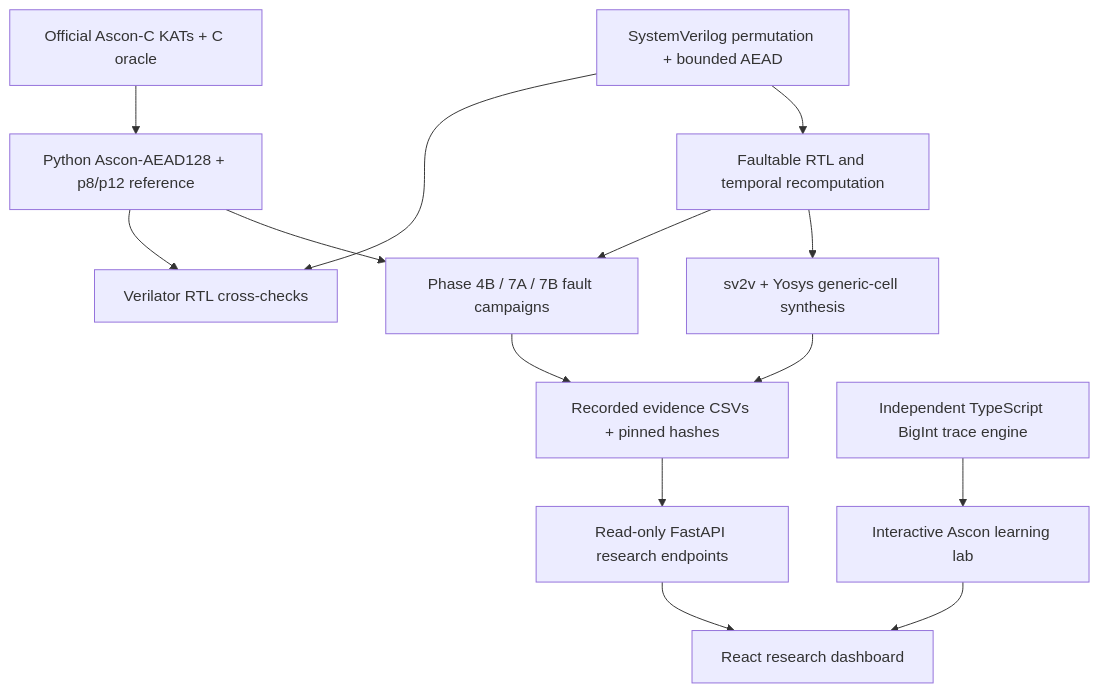
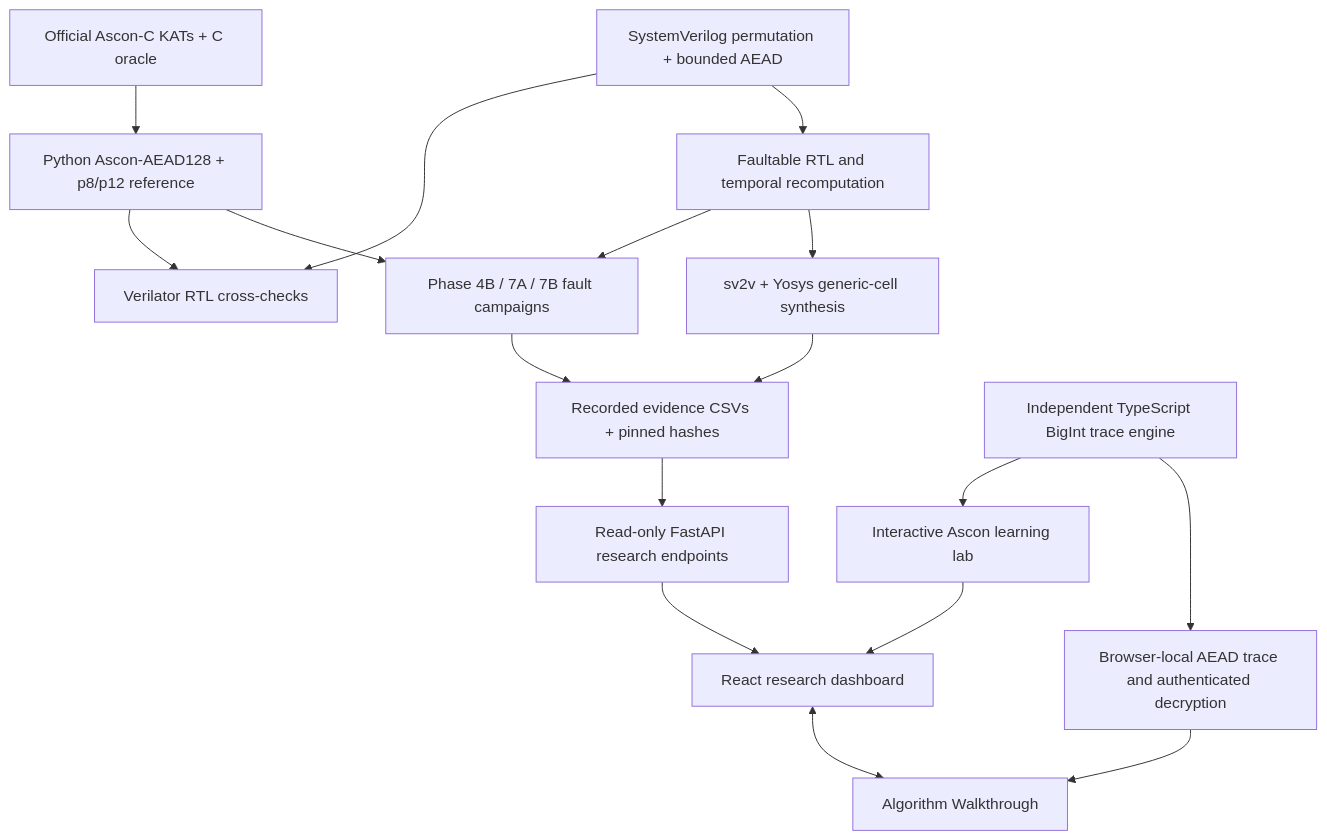
Before and after one commit to pm2m1/faultscope-ascon: the diagram in README.md, drawn with Mermaid. The commit also changed other lines of this file and 17 other files, not shown here.

Commit message:
feat: add verified Ascon algorithm walkthrough and research showcase

````diff
--- a/README.md
+++ b/README.md
@@ -97,16 +145,19 @@
 ```mermaid
 flowchart TD
     K[Official Ascon-C KATs + C oracle] --> P[Python Ascon-AEAD128 + p8/p12 reference]
     P --> V[Verilator RTL cross-checks]
     H[SystemVerilog permutation + bounded AEAD] --> V
     H --> F[Faultable RTL and temporal recomputation]
     F --> C[Phase 4B / 7A / 7B fault campaigns]
     P --> C
     F --> Y[sv2v + Yosys generic-cell synthesis]
     C --> E[Recorded evidence CSVs + pinned hashes]
     Y --> E
     E --> API[Read-only FastAPI research endpoints]
     API --> UI[React research dashboard]
     T[Independent TypeScript BigInt trace engine] --> LAB[Interactive Ascon learning lab]
     LAB --> UI
+    T --> AEAD[Browser-local AEAD trace and authenticated decryption]
+    AEAD --> WALK[Algorithm Walkthrough]
+    UI <--> WALK
 ```
````
